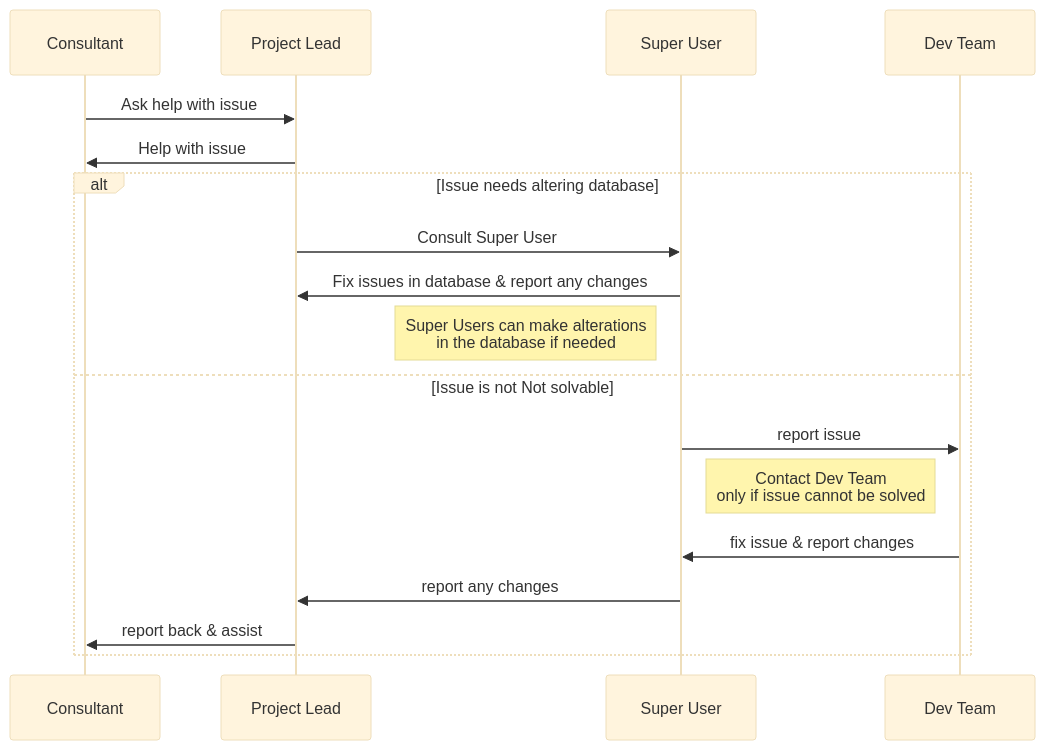
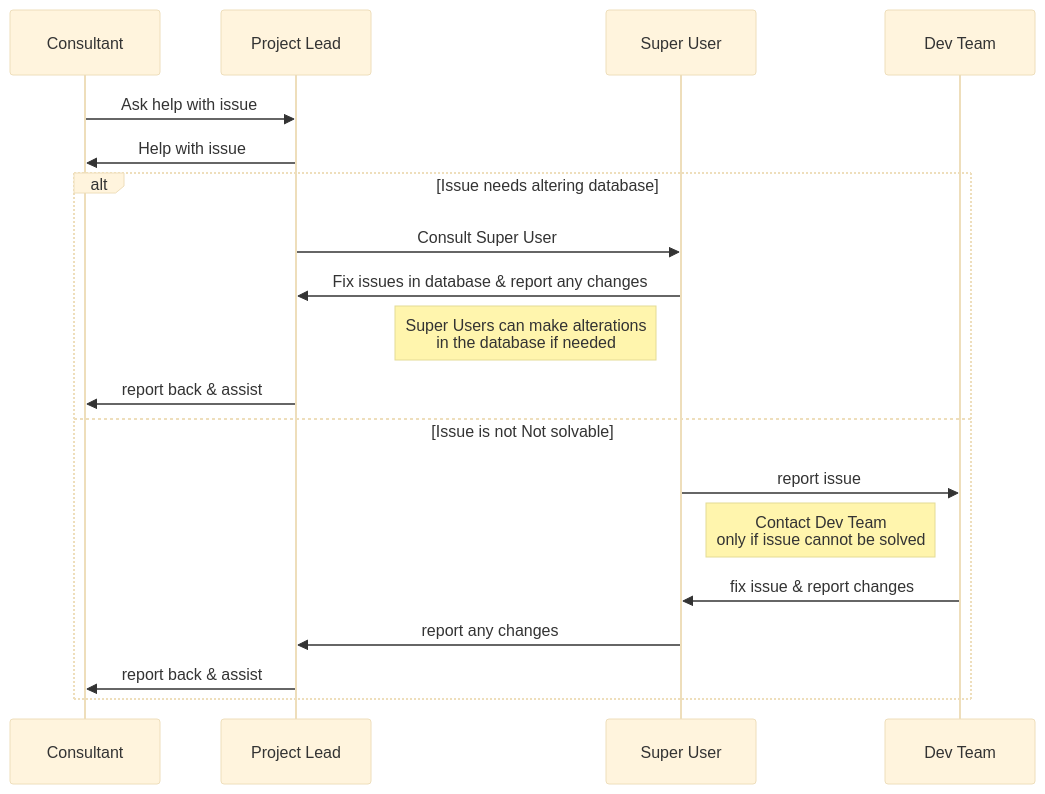
Before and after one commit to dialogueone-dev/IT-documentation: the sixth of 12 diagrams in Product_documentations/ninox/project_management.md, drawn with Mermaid (base theme). The commit also changed other lines of this file and 20 other files, not shown here.

````diff
--- a/Product_documentations/ninox/project_management.md
+++ b/Product_documentations/ninox/project_management.md
@@ -139,16 +160,17 @@
 ```mermaid
 sequenceDiagram
     Consultant->>Project Lead: Ask help with issue
     Project Lead->>Consultant: Help with issue
     alt Issue needs altering database
     Project Lead->>Super User: Consult Super User
       Super User->>Project Lead: Fix issues in database & report any changes
       Note left of Super User: Super Users can make alterations <br> in the database if needed
+      Project Lead->>Consultant: report back & assist
     else Issue is not Not solvable
       Super User->>Dev Team: report issue
       Note right of Super User: Contact Dev Team <br> only if issue cannot be solved
       Dev Team->>Super User: fix issue & report changes
       Super User->>Project Lead: report any changes
       Project Lead->>Consultant: report back & assist
     end
 ```
````
